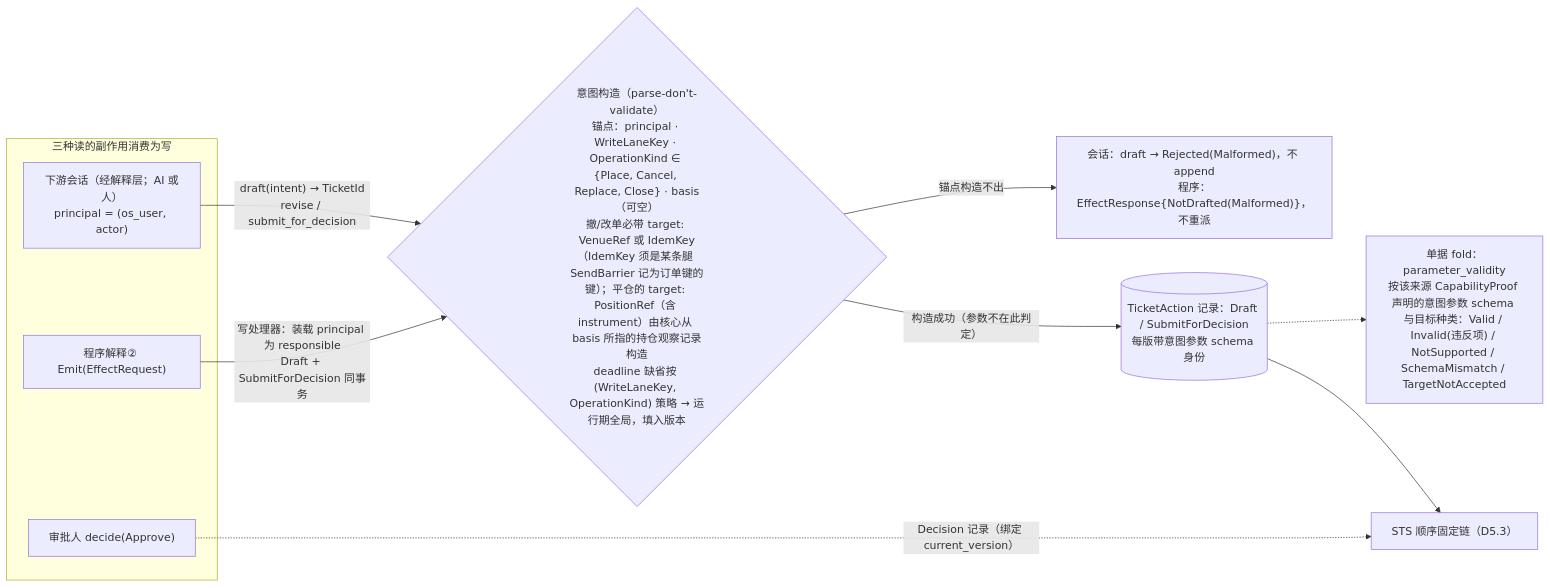
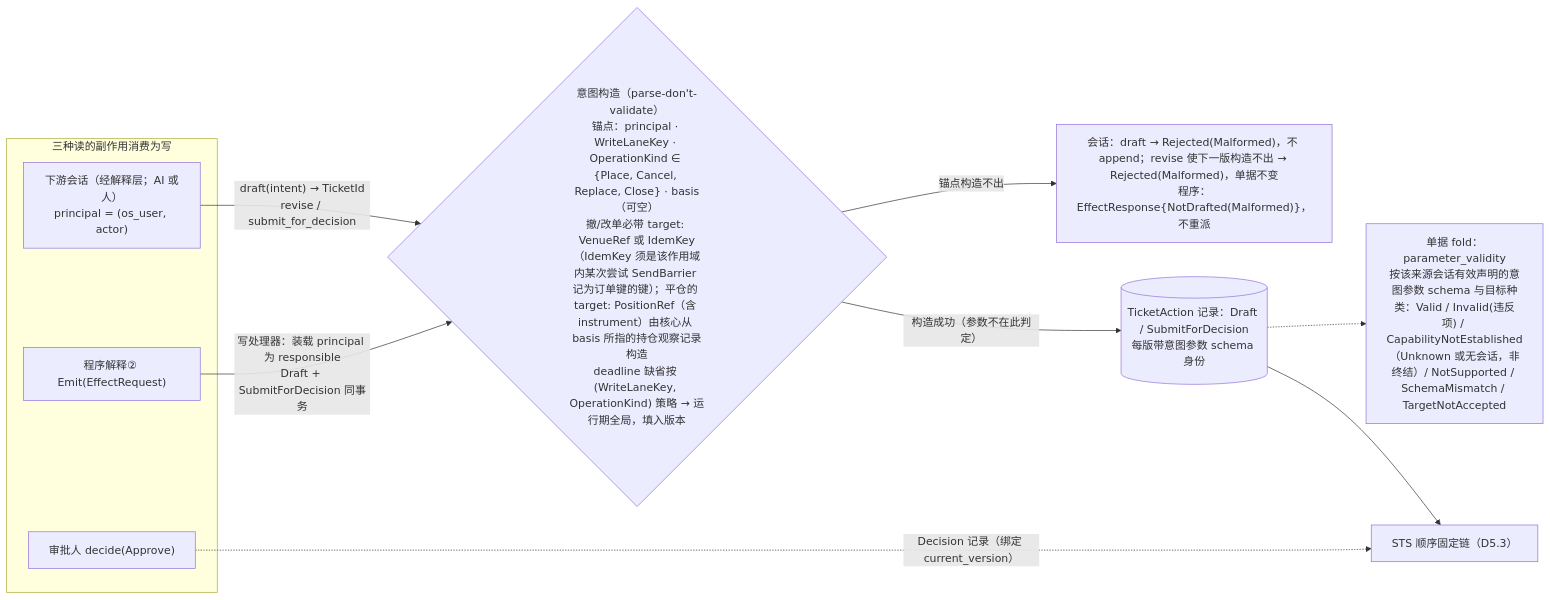
One commit to mouriya-s-lab/uta changed the second of 6 diagrams in design/diagrams/05-ticket-and-sts.md. Above: the diagram before and after it, drawn with Mermaid. The commit also changed other lines of this file and 12 other files, not shown here.

Commit message:
design: write redraw — single-write attempts (atomic Replace or Unsupported), abandon replaces resolve, NotSent, capability-not-established wait, core-minted keys, RuleState as fold, integration-judged key windows, no core call timeout

````diff
--- a/design/diagrams/05-ticket-and-sts.md
+++ b/design/diagrams/05-ticket-and-sts.md
@@ -58,16 +58,16 @@
 ```mermaid
 flowchart LR
   subgraph SRC["三种读的副作用消费为写"]
     AI["下游会话（经解释层；AI 或人）<br/>principal = (os_user, actor)"]
     PROG["程序解释② Emit(EffectRequest)"]
     APPR["审批人 decide(Approve)"]
   end
   AI -->|"draft(intent) → TicketId<br/>revise / submit_for_decision"| NORM
   PROG -->|"写处理器：装载 principal 为 responsible<br/>Draft + SubmitForDecision 同事务"| NORM
-  NORM{"意图构造（parse-don't-validate）<br/>锚点：principal · WriteLaneKey · OperationKind ∈ {Place, Cancel, Replace, Close} · basis（可空）<br/>撤/改单必带 target: VenueRef 或 IdemKey（IdemKey 须是某条腿 SendBarrier 记为订单键的键）；平仓的 target: PositionRef（含 instrument）由核心从 basis 所指的持仓观察记录构造<br/>deadline 缺省按 (WriteLaneKey, OperationKind) 策略 → 运行期全局，填入版本"}
-  NORM -->|"锚点构造不出"| MAL["会话：draft → Rejected(Malformed)，不 append<br/>程序：EffectResponse{NotDrafted(Malformed)}，不重派"]
+  NORM{"意图构造（parse-don't-validate）<br/>锚点：principal · WriteLaneKey · OperationKind ∈ {Place, Cancel, Replace, Close} · basis（可空）<br/>撤/改单必带 target: VenueRef 或 IdemKey（IdemKey 须是该作用域内某次尝试 SendBarrier 记为订单键的键）；平仓的 target: PositionRef（含 instrument）由核心从 basis 所指的持仓观察记录构造<br/>deadline 缺省按 (WriteLaneKey, OperationKind) 策略 → 运行期全局，填入版本"}
+  NORM -->|"锚点构造不出"| MAL["会话：draft → Rejected(Malformed)，不 append；revise 使下一版构造不出 → Rejected(Malformed)，单据不变<br/>程序：EffectResponse{NotDrafted(Malformed)}，不重派"]
   NORM -->|"构造成功（参数不在此判定）"| TK[("TicketAction 记录：Draft / SubmitForDecision<br/>每版带意图参数 schema 身份")]
-  TK -.-> PV["单据 fold：parameter_validity<br/>按该来源 CapabilityProof 声明的意图参数 schema 与目标种类：Valid / Invalid(违反项) / NotSupported / SchemaMismatch / TargetNotAccepted"]
+  TK -.-> PV["单据 fold：parameter_validity<br/>按该来源会话有效声明的意图参数 schema 与目标种类：Valid / Invalid(违反项) / CapabilityNotEstablished（Unknown 或无会话，非终结）/ NotSupported / SchemaMismatch / TargetNotAccepted"]
   TK --> STS["STS 顺序固定链（D5.3）"]
   APPR -.->|"Decision 记录（绑定 current_version）"| STS
 ```
````
